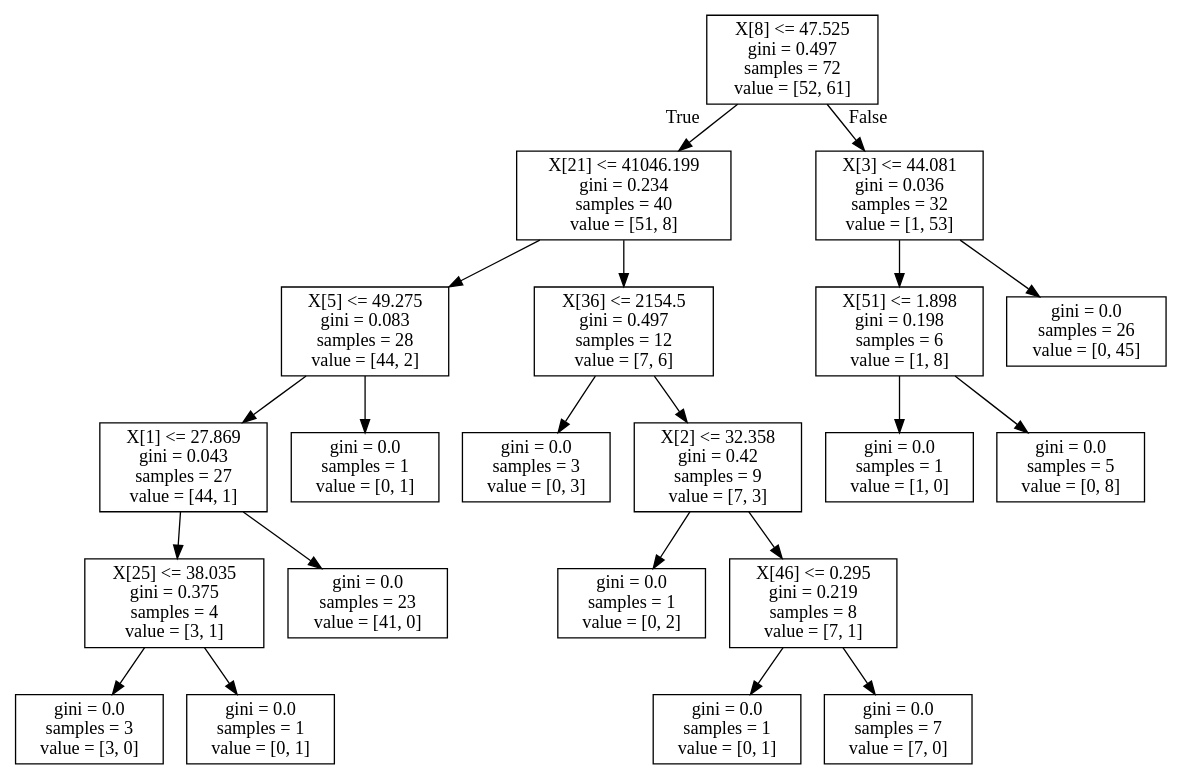
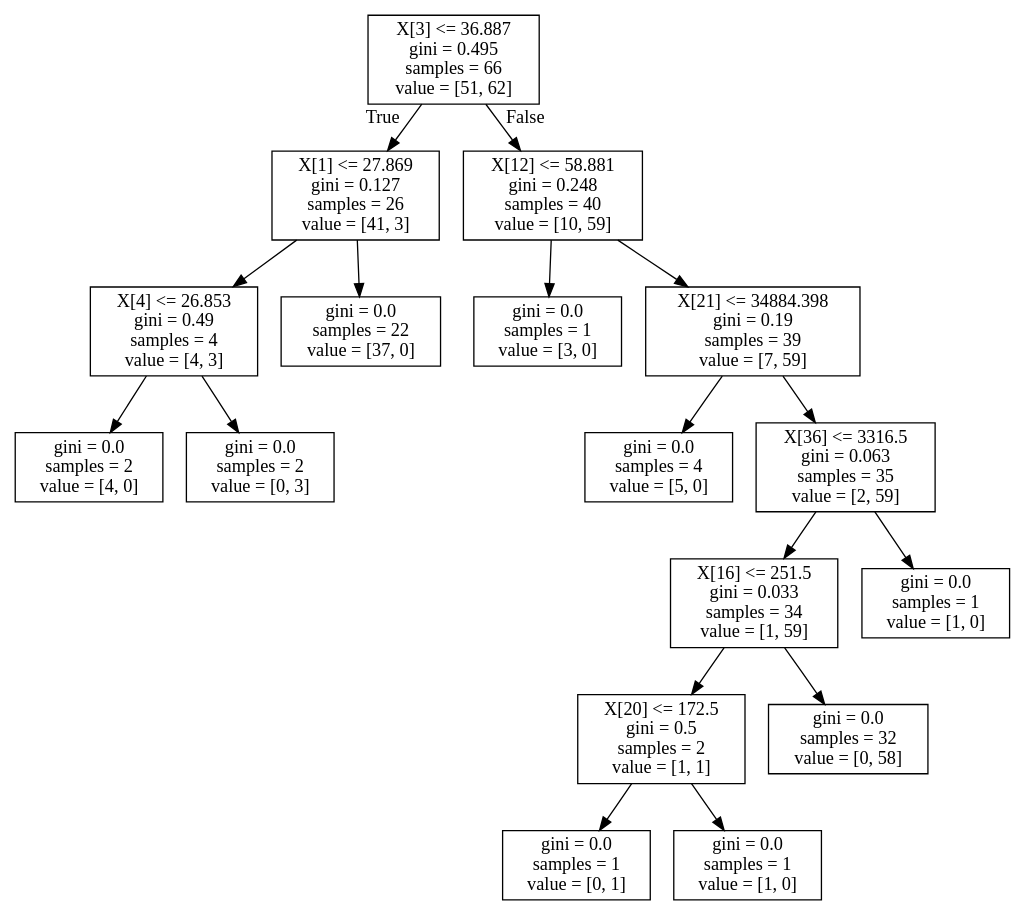
Before and after one commit to TrisKast/DataScience-Bioinformatics: the diagram in notebooks/tree.dot, drawn with Graphviz. The commit also changed 19 other files, not shown here.

```diff
--- a/notebooks/tree.dot
+++ b/notebooks/tree.dot
@@ -1,44 +1,36 @@
 digraph Tree {
 node [shape=box] ;
-0 [label="X[8] <= 47.525\ngini = 0.497\nsamples = 72\nvalue = [52, 61]"] ;
-1 [label="X[21] <= 41046.199\ngini = 0.234\nsamples = 40\nvalue = [51, 8]"] ;
+0 [label="X[3] <= 36.887\ngini = 0.495\nsamples = 66\nvalue = [51, 62]"] ;
+1 [label="X[1] <= 27.869\ngini = 0.127\nsamples = 26\nvalue = [41, 3]"] ;
 0 -> 1 [labeldistance=2.5, labelangle=45, headlabel="True"] ;
-2 [label="X[5] <= 49.275\ngini = 0.083\nsamples = 28\nvalue = [44, 2]"] ;
+2 [label="X[4] <= 26.853\ngini = 0.49\nsamples = 4\nvalue = [4, 3]"] ;
 1 -> 2 ;
-3 [label="X[1] <= 27.869\ngini = 0.043\nsamples = 27\nvalue = [44, 1]"] ;
+3 [label="gini = 0.0\nsamples = 2\nvalue = [4, 0]"] ;
 2 -> 3 ;
-4 [label="X[25] <= 38.035\ngini = 0.375\nsamples = 4\nvalue = [3, 1]"] ;
-3 -> 4 ;
-5 [label="gini = 0.0\nsamples = 3\nvalue = [3, 0]"] ;
-4 -> 5 ;
-6 [label="gini = 0.0\nsamples = 1\nvalue = [0, 1]"] ;
-4 -> 6 ;
-7 [label="gini = 0.0\nsamples = 23\nvalue = [41, 0]"] ;
-3 -> 7 ;
-8 [label="gini = 0.0\nsamples = 1\nvalue = [0, 1]"] ;
-2 -> 8 ;
-9 [label="X[36] <= 2154.5\ngini = 0.497\nsamples = 12\nvalue = [7, 6]"] ;
-1 -> 9 ;
-10 [label="gini = 0.0\nsamples = 3\nvalue = [0, 3]"] ;
-9 -> 10 ;
-11 [label="X[2] <= 32.358\ngini = 0.42\nsamples = 9\nvalue = [7, 3]"] ;
-9 -> 11 ;
-12 [label="gini = 0.0\nsamples = 1\nvalue = [0, 2]"] ;
+4 [label="gini = 0.0\nsamples = 2\nvalue = [0, 3]"] ;
+2 -> 4 ;
+5 [label="gini = 0.0\nsamples = 22\nvalue = [37, 0]"] ;
+1 -> 5 ;
+6 [label="X[12] <= 58.881\ngini = 0.248\nsamples = 40\nvalue = [10, 59]"] ;
+0 -> 6 [labeldistance=2.5, labelangle=-45, headlabel="False"] ;
+7 [label="gini = 0.0\nsamples = 1\nvalue = [3, 0]"] ;
+6 -> 7 ;
+8 [label="X[21] <= 34884.398\ngini = 0.19\nsamples = 39\nvalue = [7, 59]"] ;
+6 -> 8 ;
+9 [label="gini = 0.0\nsamples = 4\nvalue = [5, 0]"] ;
+8 -> 9 ;
+10 [label="X[36] <= 3316.5\ngini = 0.063\nsamples = 35\nvalue = [2, 59]"] ;
+8 -> 10 ;
+11 [label="X[16] <= 251.5\ngini = 0.033\nsamples = 34\nvalue = [1, 59]"] ;
+10 -> 11 ;
+12 [label="X[20] <= 172.5\ngini = 0.5\nsamples = 2\nvalue = [1, 1]"] ;
 11 -> 12 ;
-13 [label="X[46] <= 0.295\ngini = 0.219\nsamples = 8\nvalue = [7, 1]"] ;
-11 -> 13 ;
-14 [label="gini = 0.0\nsamples = 1\nvalue = [0, 1]"] ;
-13 -> 14 ;
-15 [label="gini = 0.0\nsamples = 7\nvalue = [7, 0]"] ;
-13 -> 15 ;
-16 [label="X[3] <= 44.081\ngini = 0.036\nsamples = 32\nvalue = [1, 53]"] ;
-0 -> 16 [labeldistance=2.5, labelangle=-45, headlabel="False"] ;
-17 [label="X[51] <= 1.898\ngini = 0.198\nsamples = 6\nvalue = [1, 8]"] ;
-16 -> 17 ;
-18 [label="gini = 0.0\nsamples = 1\nvalue = [1, 0]"] ;
-17 -> 18 ;
-19 [label="gini = 0.0\nsamples = 5\nvalue = [0, 8]"] ;
-17 -> 19 ;
-20 [label="gini = 0.0\nsamples = 26\nvalue = [0, 45]"] ;
-16 -> 20 ;
+13 [label="gini = 0.0\nsamples = 1\nvalue = [0, 1]"] ;
+12 -> 13 ;
+14 [label="gini = 0.0\nsamples = 1\nvalue = [1, 0]"] ;
+12 -> 14 ;
+15 [label="gini = 0.0\nsamples = 32\nvalue = [0, 58]"] ;
+11 -> 15 ;
+16 [label="gini = 0.0\nsamples = 1\nvalue = [1, 0]"] ;
+10 -> 16 ;
 }
```
